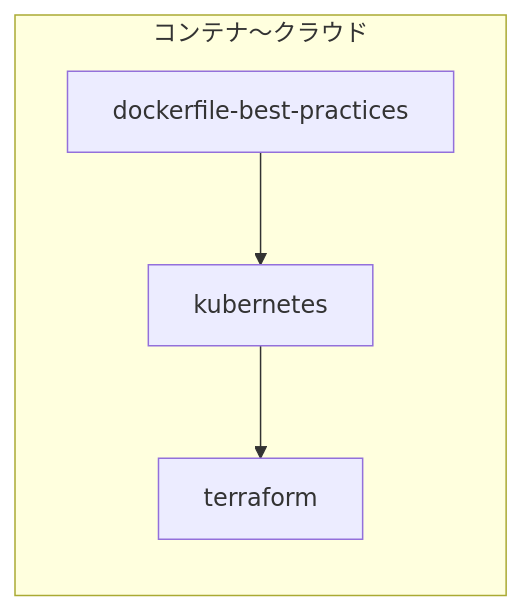
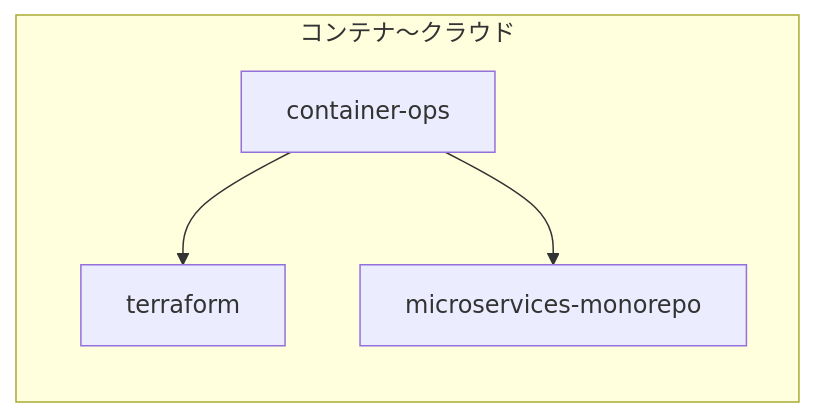
The fourth of 6 diagrams in claude-code/references/SKILLS-DEPENDENCY-GRAPH.md (DaichiHoshina/ai-tools), drawn with Mermaid before and after one commit. The commit also changed other lines of this file and 16 other files, not shown here.

````diff
--- a/claude-code/references/SKILLS-DEPENDENCY-GRAPH.md
+++ b/claude-code/references/SKILLS-DEPENDENCY-GRAPH.md
@@ -134,10 +104,10 @@
 ```mermaid
 flowchart LR
     subgraph "コンテナ〜クラウド"
-        I_DF[dockerfile-best-practices]
-        I_K8[kubernetes]
+        I_CO[container-ops]
         I_TF[terraform]
+        I_MS[microservices-monorepo]
     end
 
-    I_DF --> I_K8 --> I_TF
+    I_CO --> I_TF & I_MS
 ```
````
